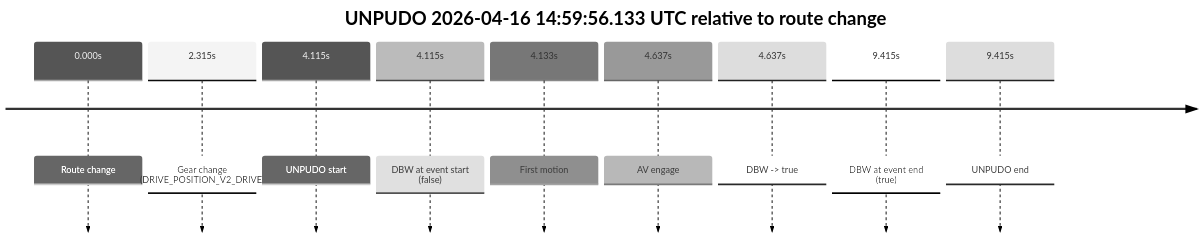
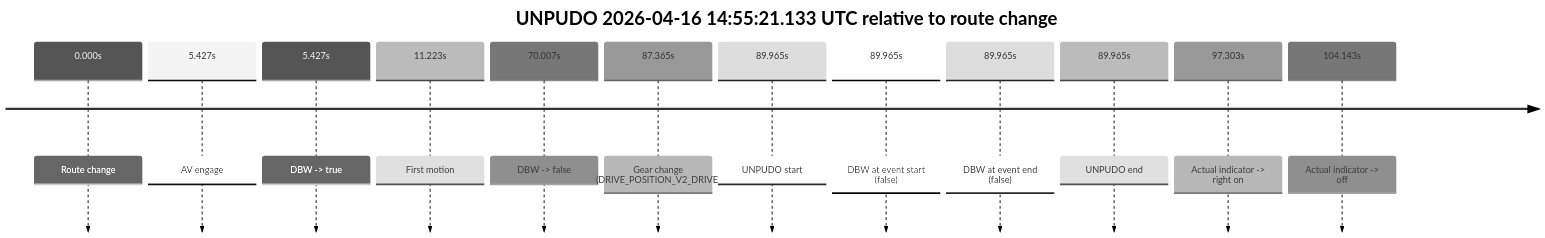
The third of 3 diagrams in model_analysis/report_cards/2026/04/Week-3/fme10011--2026-04-16--14-17-15--gen2-av-75aea222-2da3-4f92-a4b7-a7383009bf4e.md (yoelshapiro/vault), drawn with Mermaid (neutral theme) before and after one commit. The commit also changed other lines of this file and 41 other files, not shown here.

````diff
--- a/model_analysis/report_cards/2026/04/Week-3/fme10011--2026-04-16--14-17-15--gen2-av-75aea222-2da3-4f92-a4b7-a7383009bf4e.md
+++ b/model_analysis/report_cards/2026/04/Week-3/fme10011--2026-04-16--14-17-15--gen2-av-75aea222-2da3-4f92-a4b7-a7383009bf4e.md
@@ -232,13 +235,16 @@
 ```mermaid
 timeline
-    title UNPUDO 2026-04-16 14:59:56.133 UTC relative to route change
+    title UNPUDO 2026-04-16 14:55:21.133 UTC relative to route change
     0.000s : Route change
-    2.315s : Gear change (DRIVE_POSITION_V2_DRIVE)
-    4.115s : UNPUDO start
-    4.115s : DBW at event start (false)
-    4.133s : First motion
-    4.637s : AV engage
-    4.637s : DBW -> true
-    9.415s : DBW at event end (true)
-    9.415s : UNPUDO end
+    5.427s : AV engage
+    5.427s : DBW -> true
+    11.223s : First motion
+    70.007s : DBW -> false
+    87.365s : Gear change (DRIVE_POSITION_V2_DRIVE)
+    89.965s : UNPUDO start
+    89.965s : DBW at event start (false)
+    89.965s : DBW at event end (false)
+    89.965s : UNPUDO end
+    97.303s : Actual indicator -> right on
+    104.143s : Actual indicator -> off
 ```
````
